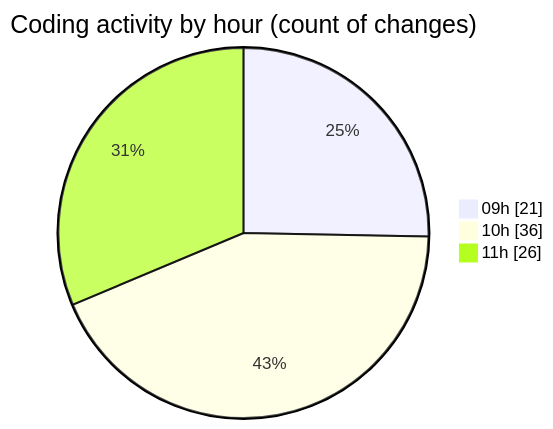
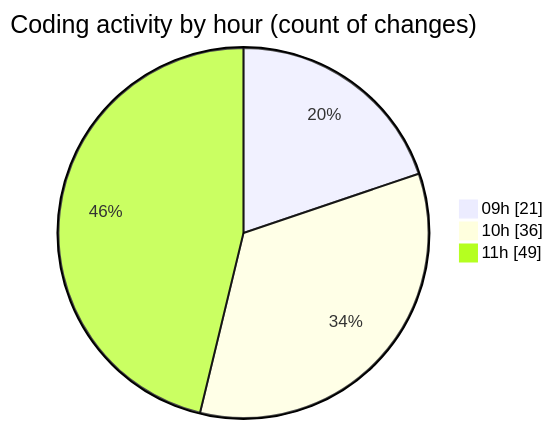
Before and after one commit to momahboobian/code-tracking: the second of 2 diagrams in 2025-09-09/cda/README.md, drawn with Mermaid. The commit also changed other lines of this file and 1 other file, not shown here.

````diff
--- a/2025-09-09/cda/README.md
+++ b/2025-09-09/cda/README.md
@@ -80,7 +97,7 @@
 ```mermaid
 pie showData
 title Coding activity by hour (count of changes)
 "09h" : 21
 "10h" : 36
-"11h" : 26
+"11h" : 49
 ```
````
